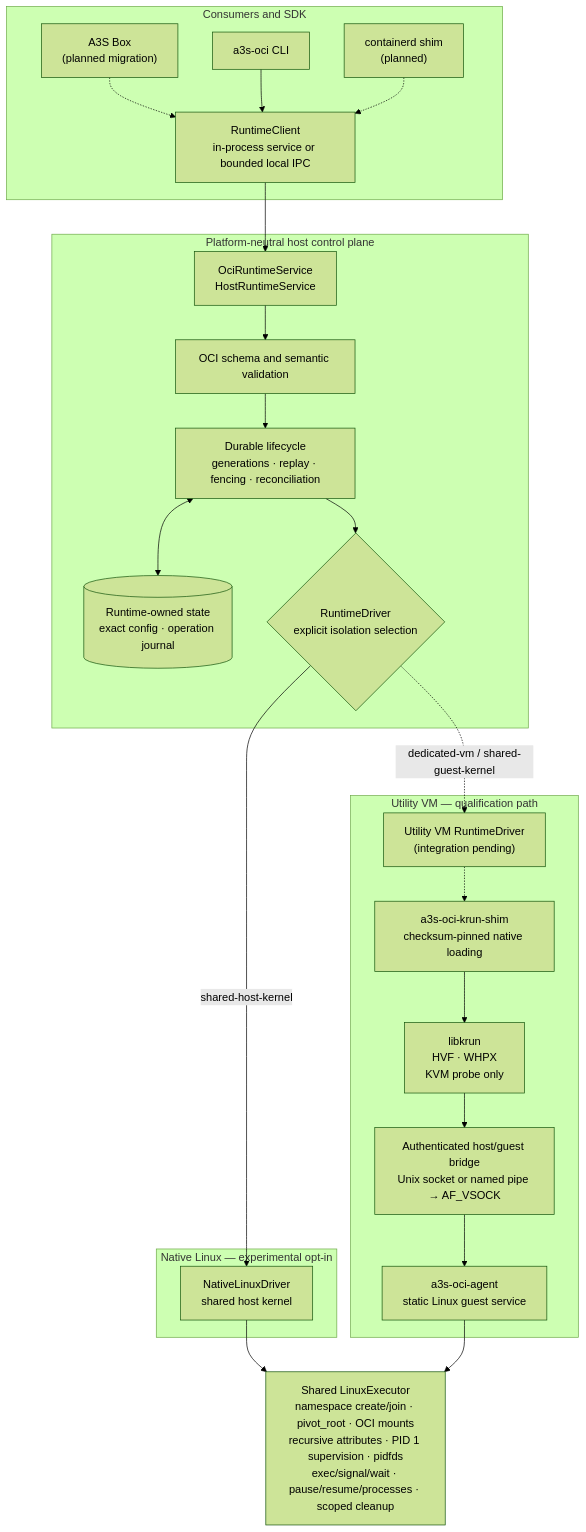
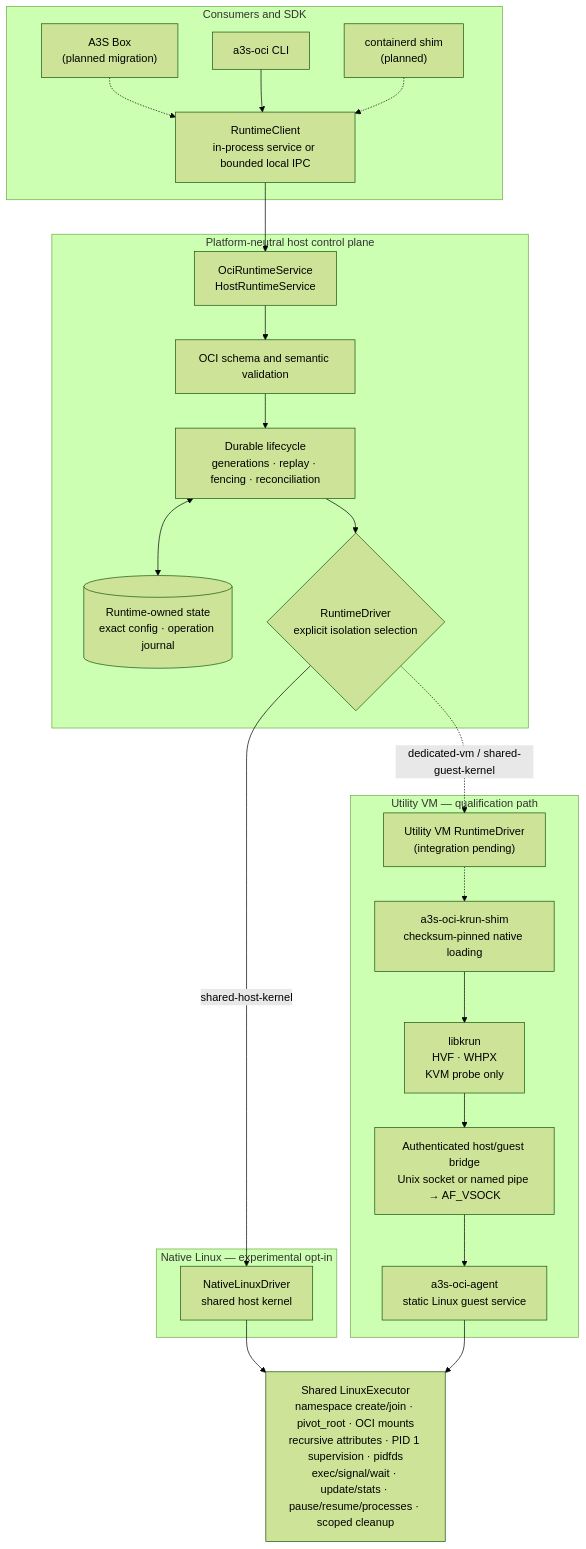
The diagram in README.md (A3S-Lab/OCI-Runtime), drawn with Mermaid (forest theme) before and after one commit. The commit also changed other lines of this file and 49 other files, not shown here.

````diff
--- a/README.md
+++ b/README.md
@@ -561,46 +569,46 @@
 ```mermaid
 flowchart TB
     subgraph consumers["Consumers and SDK"]
         box["A3S Box<br/>(planned migration)"]
         cli["a3s-oci CLI"]
         containerd["containerd shim<br/>(planned)"]
         client["RuntimeClient<br/>in-process service or bounded local IPC"]
         box -.-> client
         cli --> client
         containerd -.-> client
     end
 
     subgraph control["Platform-neutral host control plane"]
         service["OciRuntimeService<br/>HostRuntimeService"]
         validation["OCI schema and semantic validation"]
         lifecycle["Durable lifecycle<br/>generations · replay · fencing · reconciliation"]
         state[("Runtime-owned state<br/>exact config · operation journal")]
         selection{"RuntimeDriver<br/>explicit isolation selection"}
 
         service --> validation --> lifecycle --> selection
         lifecycle <--> state
     end
 
     subgraph native["Native Linux — experimental opt-in"]
         native_driver["NativeLinuxDriver<br/>shared host kernel"]
     end
 
     subgraph utility["Utility VM — qualification path"]
         utility_driver["Utility VM RuntimeDriver<br/>(integration pending)"]
         shim["a3s-oci-krun-shim<br/>checksum-pinned native loading"]
         hypervisor["libkrun<br/>HVF · WHPX<br/>KVM probe only"]
         bridge["Authenticated host/guest bridge<br/>Unix socket or named pipe → AF_VSOCK"]
         agent["a3s-oci-agent<br/>static Linux guest service"]
 
         utility_driver -.-> shim
         shim --> hypervisor --> bridge --> agent
     end
 
-    executor["Shared LinuxExecutor<br/>namespace create/join · pivot_root · OCI mounts<br/>recursive attributes · PID 1 supervision · pidfds<br/>exec/signal/wait · pause/resume/processes · scoped cleanup"]
+    executor["Shared LinuxExecutor<br/>namespace create/join · pivot_root · OCI mounts<br/>recursive attributes · PID 1 supervision · pidfds<br/>exec/signal/wait · update/stats · pause/resume/processes · scoped cleanup"]
 
     client --> service
     selection -->|"shared-host-kernel"| native_driver
     selection -.->|"dedicated-vm / shared-guest-kernel"| utility_driver
     native_driver --> executor
     agent --> executor
 ```
````
